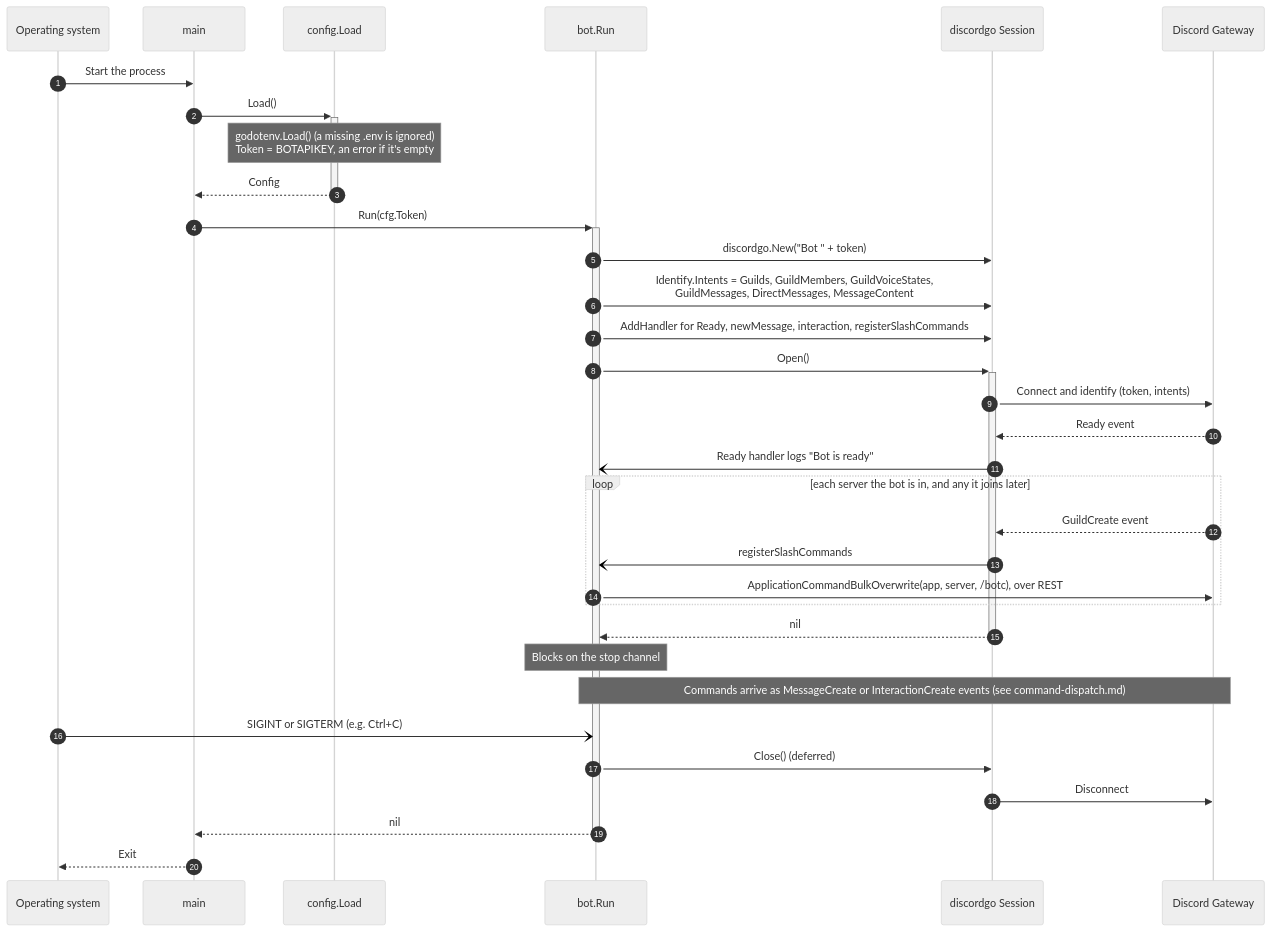
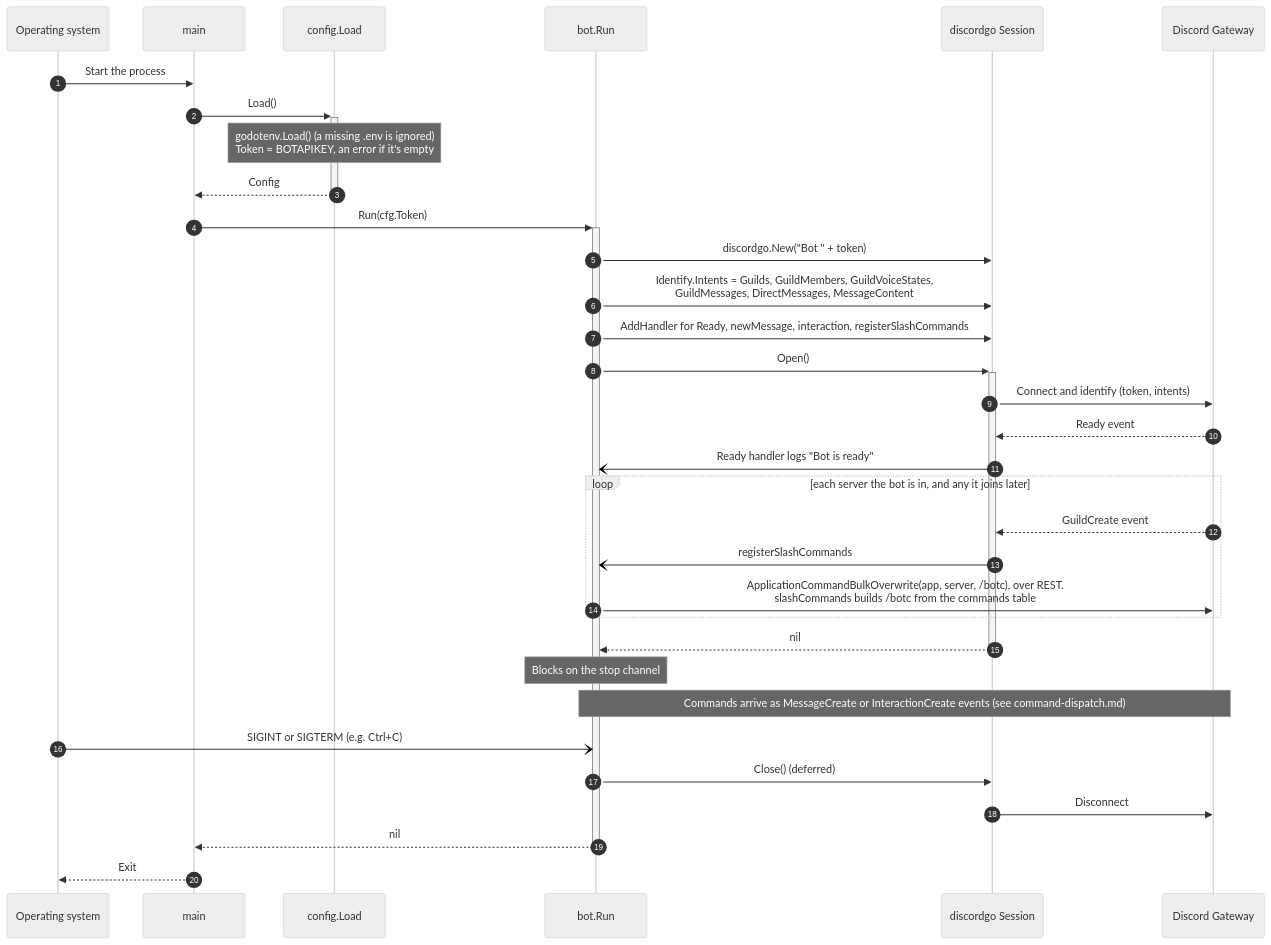
The second of 2 diagrams in docs/uml/startup.md (RAGNOARAKNOS/BotOnTheClocktower), drawn with Mermaid (neutral theme) before and after one commit. The commit also changed other lines of this file and 32 other files, not shown here.

````diff
--- a/docs/uml/startup.md
+++ b/docs/uml/startup.md
@@ -39,36 +39,36 @@
 ```mermaid
 sequenceDiagram
     autonumber
     participant OS as Operating system
     participant Main as main
     participant Config as config.Load
     participant Bot as bot.Run
     participant Session as discordgo Session
     participant Gateway as Discord Gateway
 
     OS->>Main: Start the process
     Main->>+Config: Load()
     Note over Config: godotenv.Load() (a missing .env is ignored)<br/>Token = BOTAPIKEY, an error if it's empty
     Config-->>-Main: Config
     Main->>+Bot: Run(cfg.Token)
     Bot->>Session: discordgo.New("Bot " + token)
     Bot->>Session: Identify.Intents = Guilds, GuildMembers, GuildVoiceStates,<br/>GuildMessages, DirectMessages, MessageContent
     Bot->>Session: AddHandler for Ready, newMessage, interaction, registerSlashCommands
     Bot->>+Session: Open()
     Session->>Gateway: Connect and identify (token, intents)
     Gateway-->>Session: Ready event
     Session-)Bot: Ready handler logs "Bot is ready"
     loop each server the bot is in, and any it joins later
         Gateway-->>Session: GuildCreate event
         Session-)Bot: registerSlashCommands
-        Bot->>Gateway: ApplicationCommandBulkOverwrite(app, server, /botc), over REST
+        Bot->>Gateway: ApplicationCommandBulkOverwrite(app, server, /botc), over REST.<br/>slashCommands builds /botc from the commands table
     end
     Session-->>-Bot: nil
     Note over Bot: Blocks on the stop channel
     Note over Gateway,Bot: Commands arrive as MessageCreate or InteractionCreate events (see command-dispatch.md)
     OS-)Bot: SIGINT or SIGTERM (e.g. Ctrl+C)
     Bot->>Session: Close() (deferred)
     Session->>Gateway: Disconnect
     Bot-->>-Main: nil
     Main-->>OS: Exit
 ```
````
